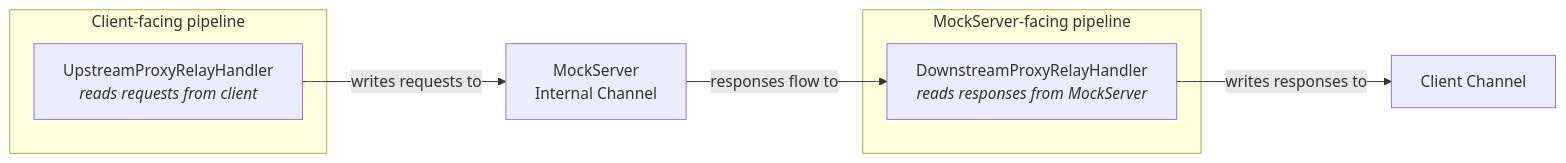
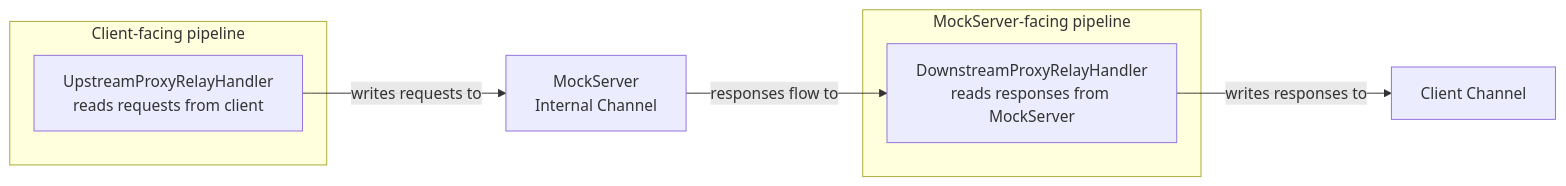
The tenth of 11 diagrams in docs/code/netty-pipeline.md (mock-server/mockserver), drawn with Mermaid before and after one commit. The commit also changed other lines of this file and 21 other files, not shown here.

First line of the commit message:
fix(docs): remove HTML tags from Mermaid diagrams to fix GitHub rendering

````diff
--- a/docs/code/netty-pipeline.md
+++ b/docs/code/netty-pipeline.md
@@ -234,14 +251,17 @@
 ```mermaid
 graph LR
     subgraph "Client-facing pipeline"
-        UPR[UpstreamProxyRelayHandler<br/><i>reads requests from client</i>]
+        UPR["UpstreamProxyRelayHandler
+reads requests from client"]
     end
 
     subgraph "MockServer-facing pipeline"
-        DPR[DownstreamProxyRelayHandler<br/><i>reads responses from MockServer</i>]
+        DPR["DownstreamProxyRelayHandler
+reads responses from MockServer"]
     end
 
-    UPR -->|writes requests to| MS[MockServer<br/>Internal Channel]
+    UPR -->|writes requests to| MS["MockServer
+Internal Channel"]
     MS -->|responses flow to| DPR
     DPR -->|writes responses to| CLIENT[Client Channel]
 ```
````
